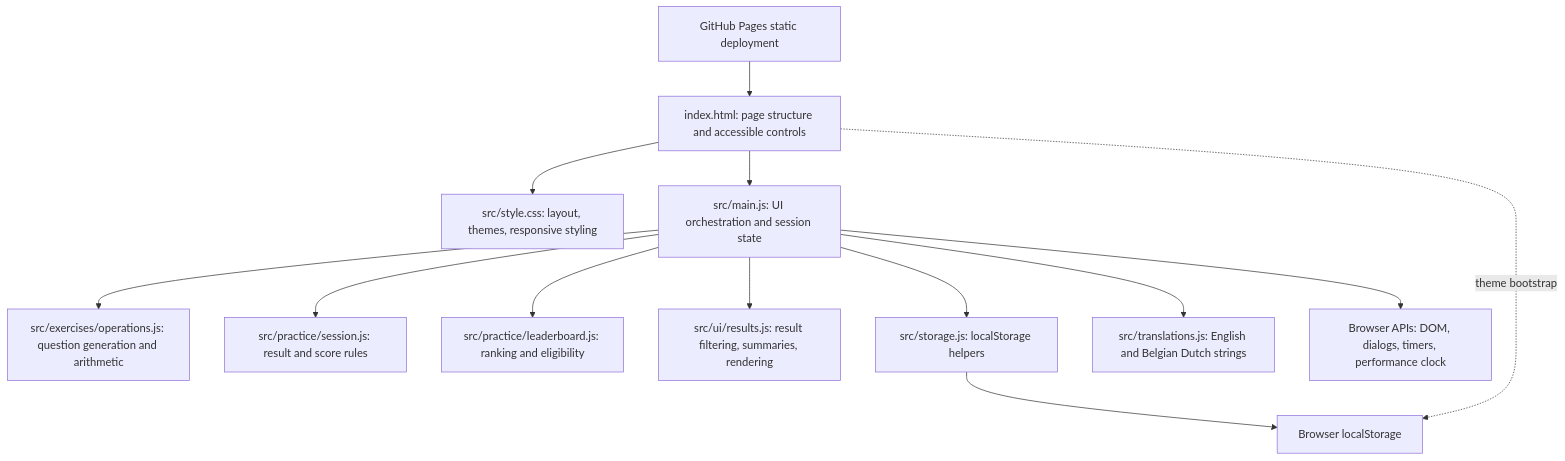
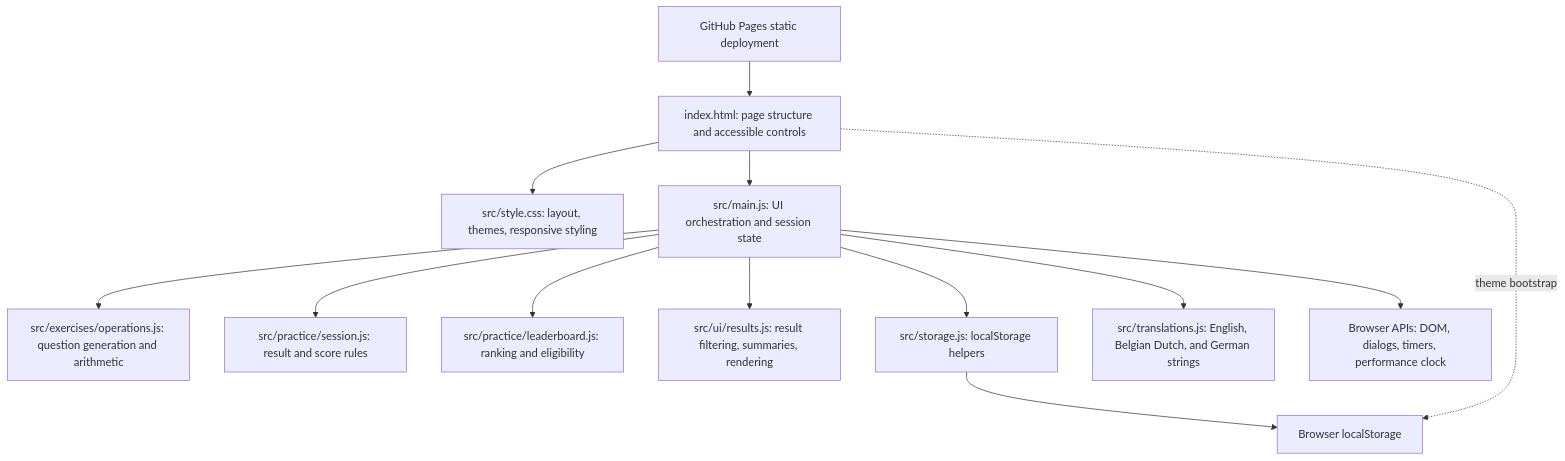
One commit to AbrahamEastwood/math-sprout changed the diagram in docs/architecture.md. Above: the diagram before and after it, drawn with Mermaid. The commit also changed other lines of this file and 8 other files, not shown here.

````diff
--- a/docs/architecture.md
+++ b/docs/architecture.md
@@ -11,28 +11,28 @@
 ```mermaid
 flowchart TD
     HTML[index.html: page structure and accessible controls]
     CSS[src/style.css: layout, themes, responsive styling]
     MAIN[src/main.js: UI orchestration and session state]
     OPS[src/exercises/operations.js: question generation and arithmetic]
     SESSION[src/practice/session.js: result and score rules]
     LEADERBOARD[src/practice/leaderboard.js: ranking and eligibility]
     RESULTS[src/ui/results.js: result filtering, summaries, rendering]
     STORAGE[src/storage.js: localStorage helpers]
-    I18N[src/translations.js: English and Belgian Dutch strings]
+    I18N[src/translations.js: English, Belgian Dutch, and German strings]
     BROWSER[Browser APIs: DOM, dialogs, timers, performance clock]
     LOCAL[Browser localStorage]
     PAGES[GitHub Pages static deployment]
 
     HTML --> MAIN
     HTML --> CSS
     MAIN --> OPS
     MAIN --> SESSION
     MAIN --> LEADERBOARD
     MAIN --> RESULTS
     MAIN --> STORAGE
     MAIN --> I18N
     MAIN --> BROWSER
     STORAGE --> LOCAL
     HTML -. theme bootstrap .-> LOCAL
     PAGES --> HTML
 ```
````
